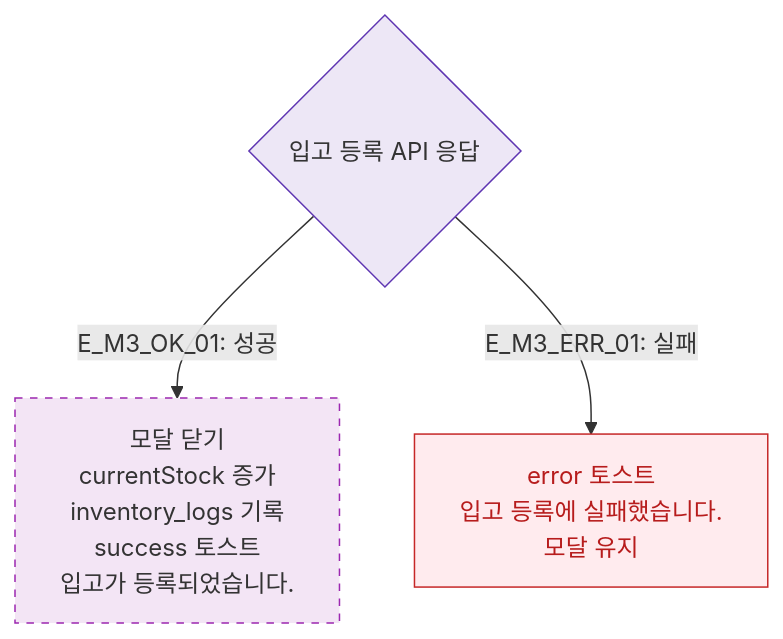
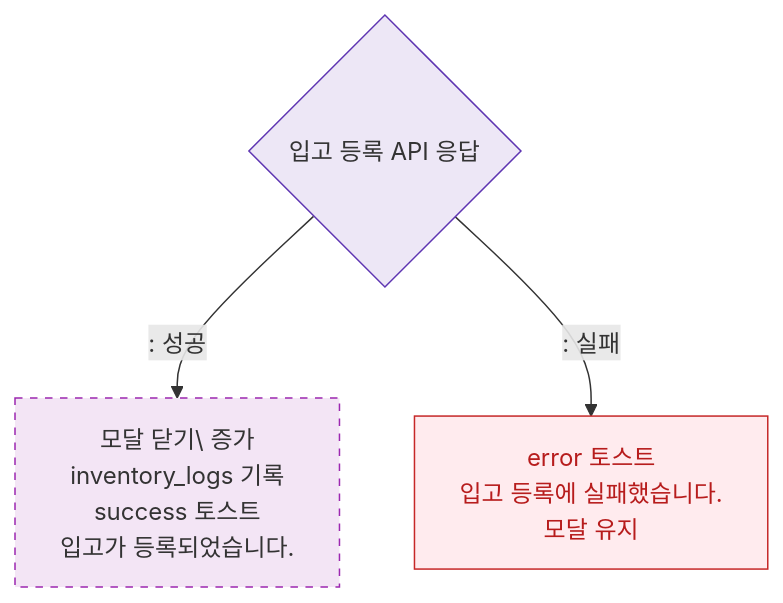
One commit to dev-spogym/admin-pando changed the diagram in docs/다이어그램/D05_상품관리/DLG/DLG-P012_입고등록/M3_결과분기.md. Above: the diagram before and after it, drawn with Mermaid. The commit also changed other lines of this file and 1660 other files, not shown here.

First line of the commit message:
다이어그램: 기획자/클라이언트 납품본으로 정리

````diff
--- a/docs/다이어그램/D05_상품관리/DLG/DLG-P012_입고등록/M3_결과분기.md
+++ b/docs/다이어그램/D05_상품관리/DLG/DLG-P012_입고등록/M3_결과분기.md
@@ -16,12 +14,12 @@
 ```mermaid
 flowchart TD
-    InboundAPI{입고 등록 API 응답} -->|"E_M3_OK_01: 성공"| SuccessResult[모달 닫기\ncurrentStock 증가\ninventory_logs 기록\nsuccess 토스트\n입고가 등록되었습니다.]
-    InboundAPI -->|"E_M3_ERR_01: 실패"| ErrResult[error 토스트\n입고 등록에 실패했습니다.\n모달 유지]
+    InboundAPI{입고 등록 API 응답} -->|": 성공"|SuccessResult[모달 닫기\ 증가\ninventory_logs 기록\nsuccess 토스트\n입고가 등록되었습니다.]
+    InboundAPI -->|": 실패"|ErrResult[error 토스트\n입고 등록에 실패했습니다.\n모달 유지]
 
     classDef newFeature fill:#F3E5F5,stroke:#9C27B0,stroke-dasharray:5 5
     classDef error fill:#FFEBEE,stroke:#C62828,color:#B71C1C
     classDef system fill:#EDE7F6,stroke:#5E35B2
     class SuccessResult newFeature
     class ErrResult error
     class InboundAPI system
 ```
````
